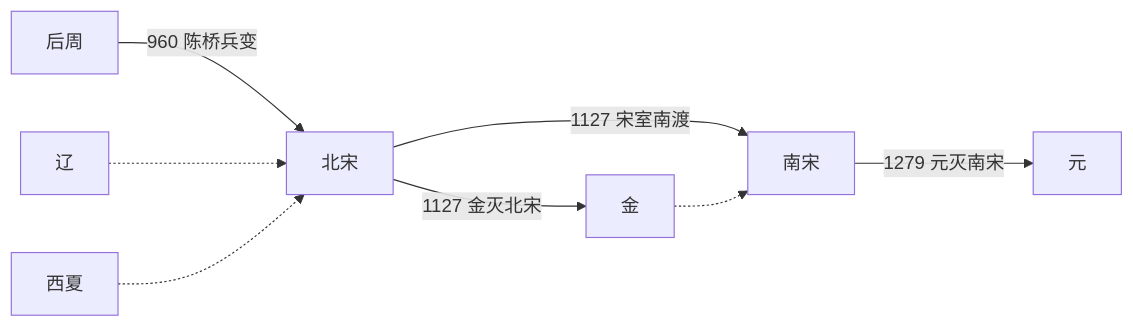
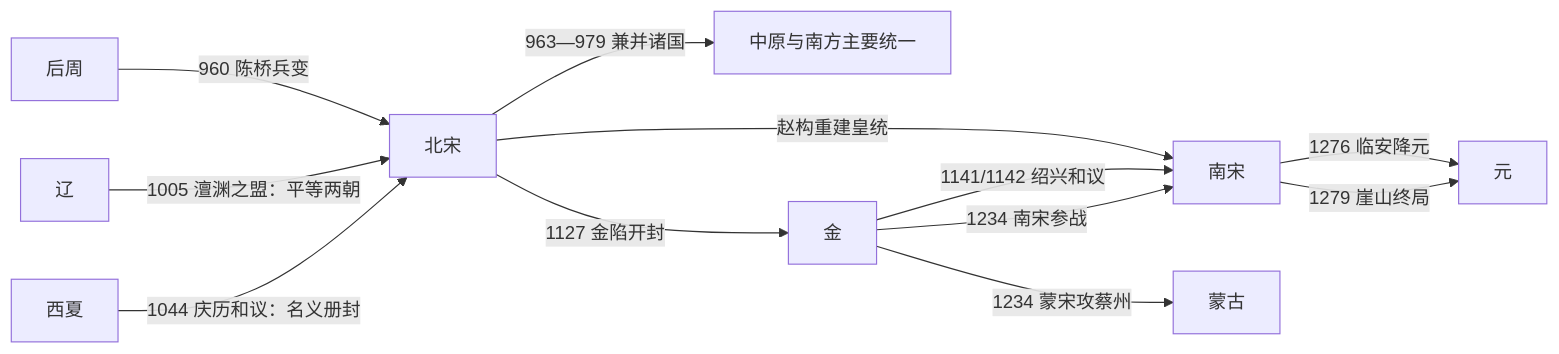
Before and after one commit to tianlan-dev/learning-notes: the diagram in 人文科学/历史/东亚/中国/辽宋金西夏/宋/README.md, drawn with Mermaid. The commit also changed other lines of this file and 1417 other files, not shown here.

````diff
--- a/人文科学/历史/东亚/中国/辽宋金西夏/宋/README.md
+++ b/人文科学/历史/东亚/中国/辽宋金西夏/宋/README.md
@@ -23,10 +19,14 @@
 ```mermaid
 flowchart LR
-  LaterZhou[后周] -->|960 陈桥兵变| NorthernSong[北宋]
-  NorthernSong -->|1127 宋室南渡| SouthernSong[南宋]
-  SouthernSong -->|1279 元灭南宋| Yuan[元]
-  Liao[辽] -.-> NorthernSong
-  WesternXia[西夏] -.-> NorthernSong
-  NorthernSong -->|1127 金灭北宋| Jin[金]
-  Jin -.-> SouthernSong
+  LaterZhou["后周"] -->|960 陈桥兵变| NorthernSong["北宋"]
+  NorthernSong -->|963—979 兼并诸国| UnifiedCore["中原与南方主要统一"]
+  Liao["辽"] -->|1005 澶渊之盟：平等两朝| NorthernSong
+  WesternXia["西夏"] -->|1044 庆历和议：名义册封| NorthernSong
+  NorthernSong -->|1127 金陷开封| Jin["金"]
+  NorthernSong -->|赵构重建皇统| SouthernSong["南宋"]
+  Jin -->|1141/1142 绍兴和议| SouthernSong
+  Jin -->|1234 蒙宋攻蔡州| Mongol["蒙古"]
+  Jin -->|1234 南宋参战| SouthernSong
+  SouthernSong -->|1276 临安降元| Yuan["元"]
+  SouthernSong -->|1279 崖山终局| Yuan
 ```
````
